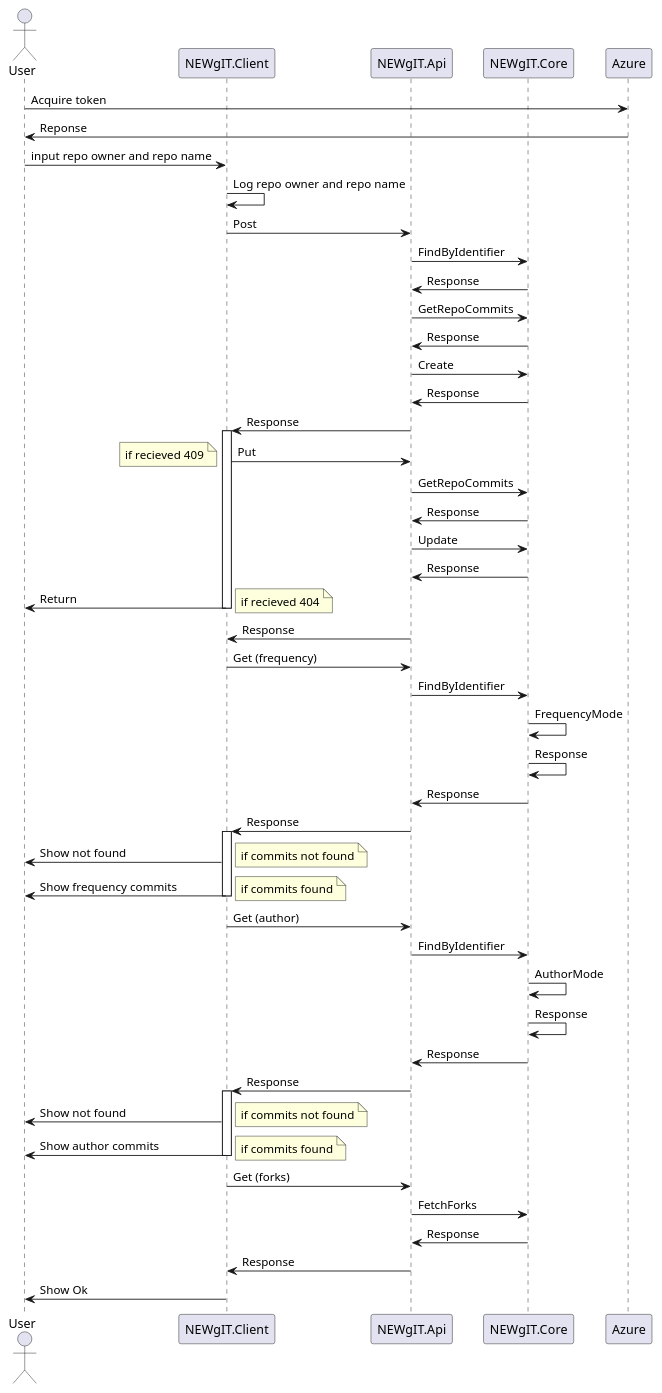
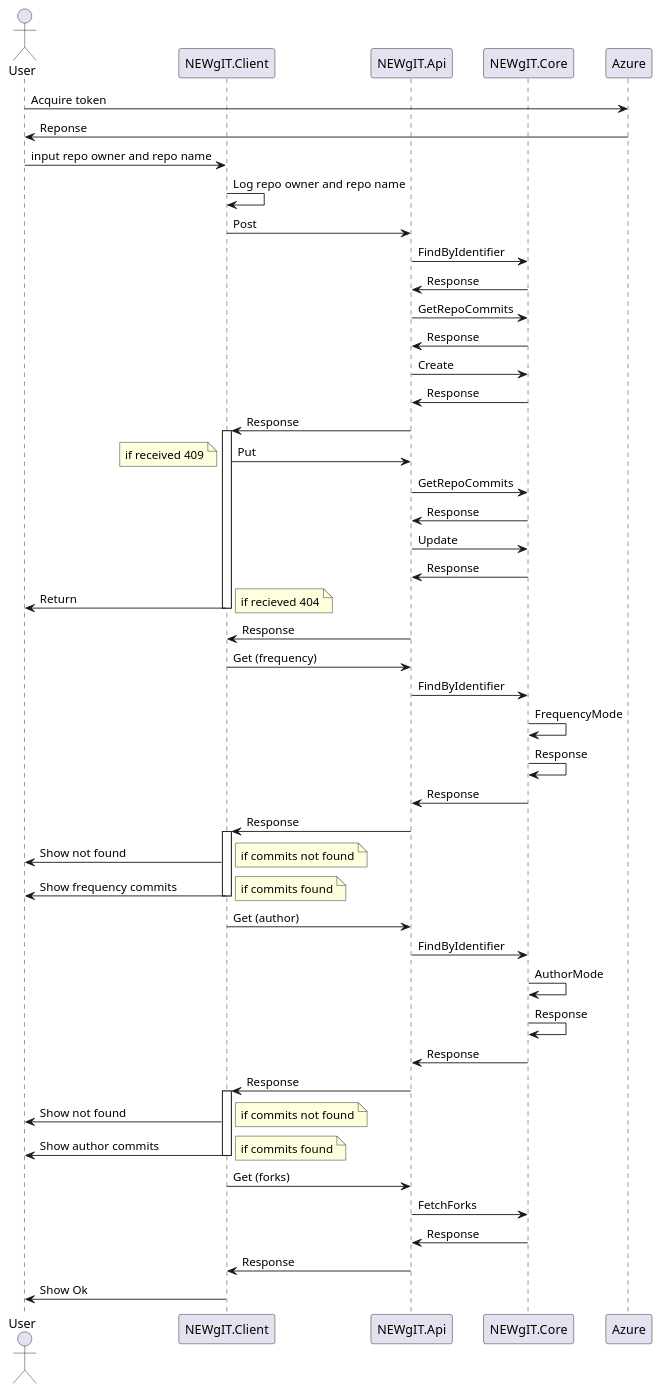
One commit to atro-itu/bdsa-project-newgit changed the third of 3 diagrams in docs/diagrams-code.md. Above: the diagram before and after it, drawn with PlantUML.

```diff
--- a/docs/diagrams-code.md
+++ b/docs/diagrams-code.md
@@ -132,7 +132,7 @@
 activate NEWgIT.Client
 NEWgIT.Client -> NEWgIT.Api : Put
 note left
-  if recieved 409
+  if received 409
 end note
 NEWgIT.Api -> NEWgIT.Core : GetRepoCommits
 NEWgIT.Api <-NEWgIT.Core : Response
```
